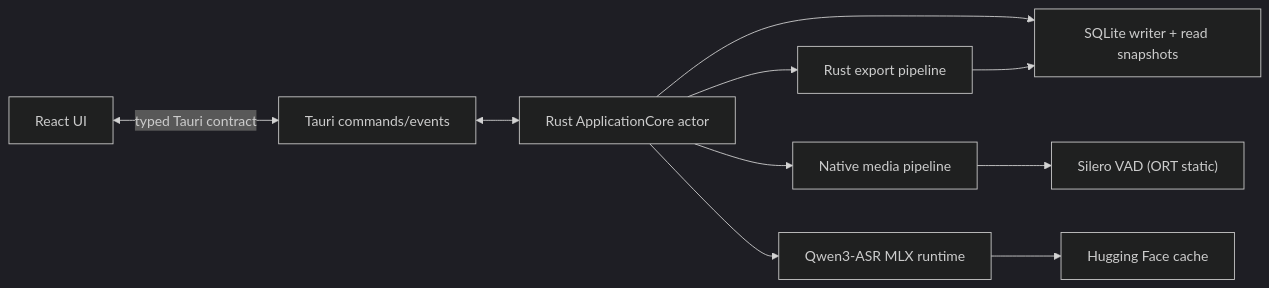
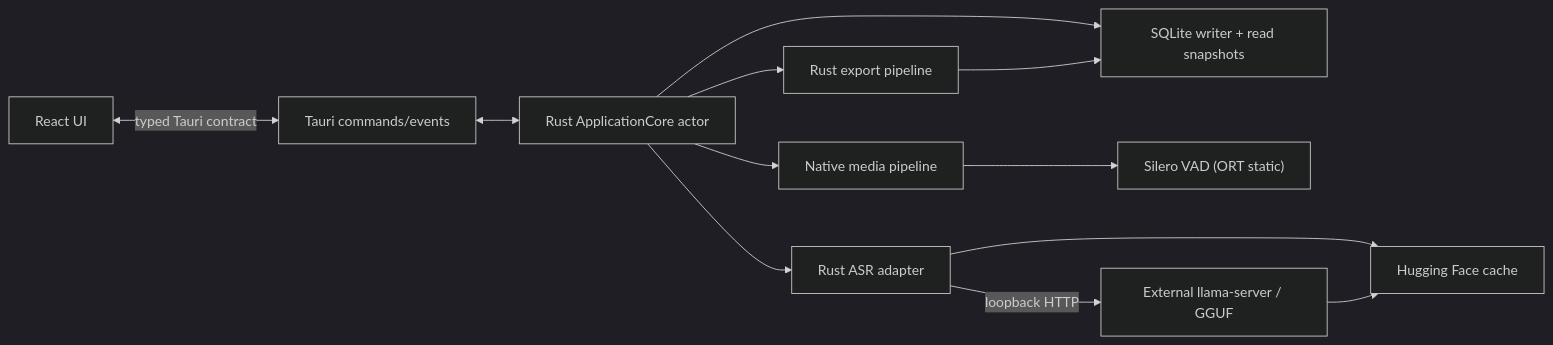
Before and after one commit to ph0ryn/RecoGUI: the diagram in docs/application-design.md, drawn with Mermaid (dark theme). The commit also changed other lines of this file and 37 other files, not shown here.

First line of the commit message:
feat(asr): replace MLX with external llama.cpp

````diff
--- a/docs/application-design.md
+++ b/docs/application-design.md
@@ -11,22 +11,25 @@
 ```mermaid
 flowchart LR
   UI["React UI"]
   Tauri["Tauri commands/events"]
   Core["Rust ApplicationCore actor"]
   Store["SQLite writer + read snapshots"]
   Media["Native media pipeline"]
   VAD["Silero VAD (ORT static)"]
-  ASR["Qwen3-ASR MLX runtime"]
+  ASR["Rust ASR adapter"]
+  Server["External llama-server / GGUF"]
   Cache["Hugging Face cache"]
   Export["Rust export pipeline"]
 
   UI <-->|"typed Tauri contract"| Tauri
   Tauri <--> Core
   Core --> Store
   Core --> Media
   Media --> VAD
   Core --> ASR
+  ASR -->|"loopback HTTP"| Server
   ASR --> Cache
+  Server --> Cache
   Core --> Export
   Export --> Store
 ```
````
